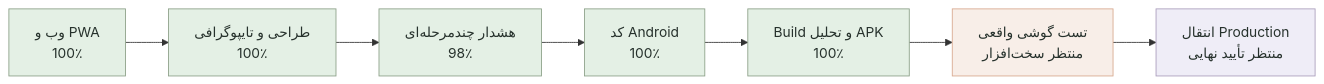
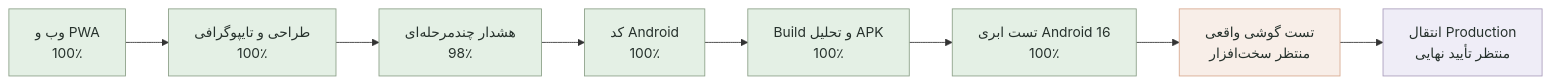
Before and after one commit to tparkhondeh/personalAgent: the diagram in PROJECT_STATUS.md, drawn with Mermaid. The commit also changed other lines of this file and 2 other files, not shown here.

Commit message:
docs: record cloud Android verification

````diff
--- a/PROJECT_STATUS.md
+++ b/PROJECT_STATUS.md
@@ -18,17 +18,18 @@
 ```mermaid
 flowchart LR
     A[وب و PWA<br/>100٪] --> B[طراحی و تایپوگرافی<br/>100٪]
     B --> C[هشدار چندمرحله‌ای<br/>98٪]
     C --> D[کد Android<br/>100٪]
     D --> E[Build و تحلیل APK<br/>100٪]
-    E --> G[تست گوشی واقعی<br/>منتظر سخت‌افزار]
+    E --> H[تست ابری Android 16<br/>100٪]
+    H --> G[تست گوشی واقعی<br/>منتظر سخت‌افزار]
     G --> F[انتقال Production<br/>منتظر تأیید نهایی]
 
     classDef done fill:#e4f0e5,stroke:#8ca088,color:#26312c;
     classDef active fill:#f8eee8,stroke:#d7a98f,color:#26312c;
     classDef pending fill:#efedf7,stroke:#aa9dbc,color:#26312c;
-    class A,B done;
+    class A,B,H done;
     class C,D,E done;
     class G active;
     class F pending;
 ```
````
